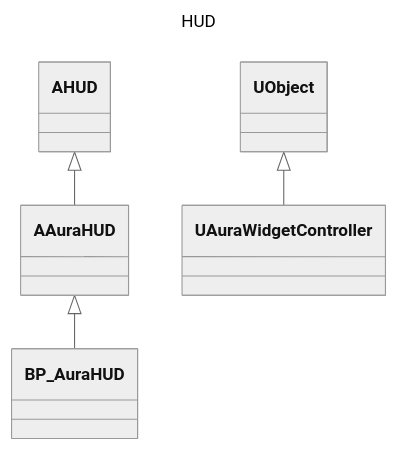
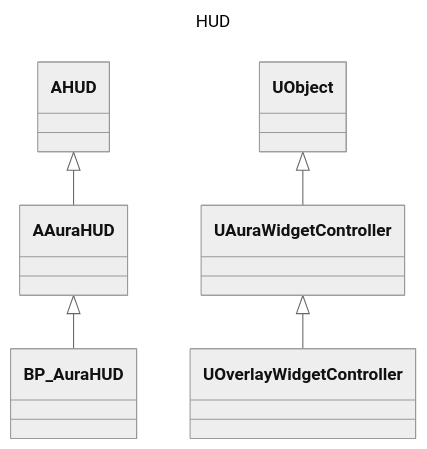
One commit to swang81/GameplayAbilitySystem changed the second of 2 diagrams in Readme.md. Above: the diagram before and after it, drawn with Mermaid (neutral theme). The commit also changed 10 other files, not shown here.

````diff
--- a/Readme.md
+++ b/Readme.md
@@ -23,10 +23,10 @@
 ```mermaid
 ---
 title: HUD
 ---
 classDiagram
 AHUD <|-- AAuraHUD
 AAuraHUD <|-- BP_AuraHUD
 UObject <|-- UAuraWidgetController
-
+UAuraWidgetController <|-- UOverlayWidgetController
 ```
````
